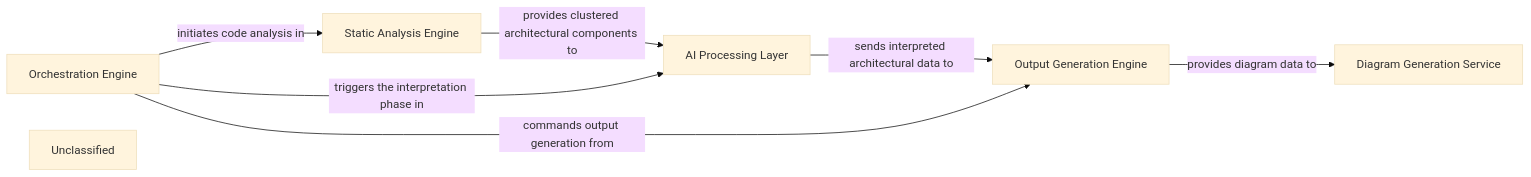
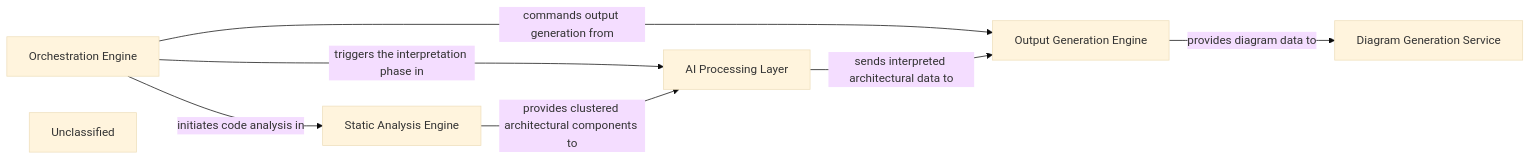
The diagram in .codeboarding/overview.md (CodeBoarding/CodeBoarding), drawn with Mermaid (base theme) before and after one commit. The commit also changed other lines of this file and 11 other files, not shown here.

First line of the commit message:
docs: update codeboarding documentation and generate architecture

````diff
--- a/.codeboarding/overview.md
+++ b/.codeboarding/overview.md
@@ -1,22 +1,20 @@
 ```mermaid
 graph LR
     Orchestration_Engine["Orchestration Engine"]
     Static_Analysis_Engine["Static Analysis Engine"]
     AI_Processing_Layer["AI Processing Layer"]
     Output_Generation_Engine["Output Generation Engine"]
     Diagram_Generation_Service["Diagram Generation Service"]
     Unclassified["Unclassified"]
-    Unclassified["Unclassified"]
-    Unclassified["Unclassified"]
     Orchestration_Engine -- "initiates code analysis in" --> Static_Analysis_Engine
+    Orchestration_Engine -- "triggers the interpretation phase in" --> AI_Processing_Layer
+    Orchestration_Engine -- "commands output generation from" --> Output_Generation_Engine
     Static_Analysis_Engine -- "provides clustered architectural components to" --> AI_Processing_Layer
     AI_Processing_Layer -- "sends interpreted architectural data to" --> Output_Generation_Engine
     Output_Generation_Engine -- "provides diagram data to" --> Diagram_Generation_Service
-    Orchestration_Engine -- "triggers the interpretation phase in" --> AI_Processing_Layer
-    Orchestration_Engine -- "commands output generation from" --> Output_Generation_Engine
     click Orchestration_Engine href "https://github.com/CodeBoarding/CodeBoarding/blob/main/.codeboarding/Orchestration_Engine.md" "Details"
     click Static_Analysis_Engine href "https://github.com/CodeBoarding/CodeBoarding/blob/main/.codeboarding/Static_Analysis_Engine.md" "Details"
     click AI_Processing_Layer href "https://github.com/CodeBoarding/CodeBoarding/blob/main/.codeboarding/AI_Processing_Layer.md" "Details"
     click Output_Generation_Engine href "https://github.com/CodeBoarding/CodeBoarding/blob/main/.codeboarding/Output_Generation_Engine.md" "Details"
     click Diagram_Generation_Service href "https://github.com/CodeBoarding/CodeBoarding/blob/main/.codeboarding/Diagram_Generation_Service.md" "Details"
 ```
````
